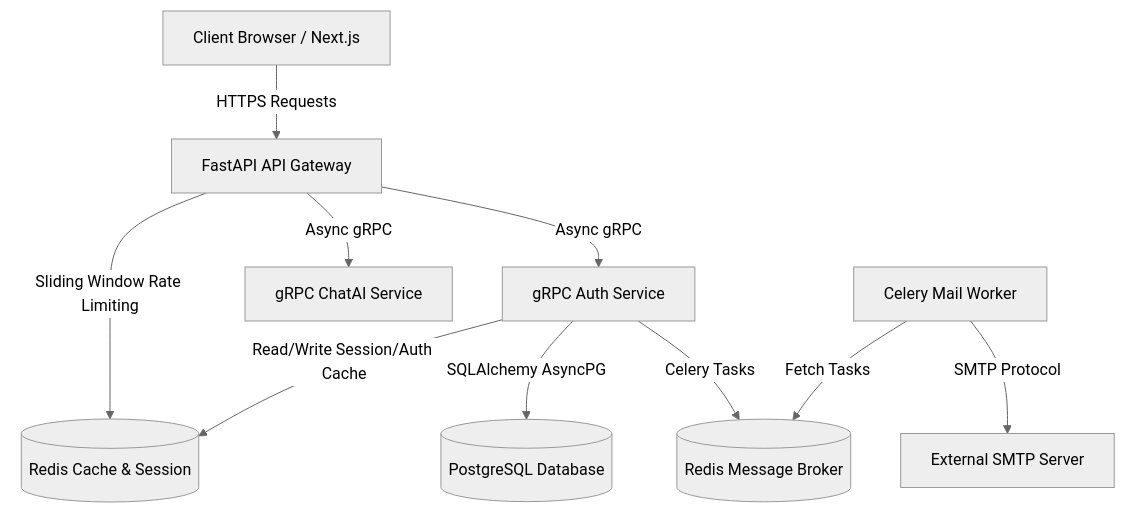
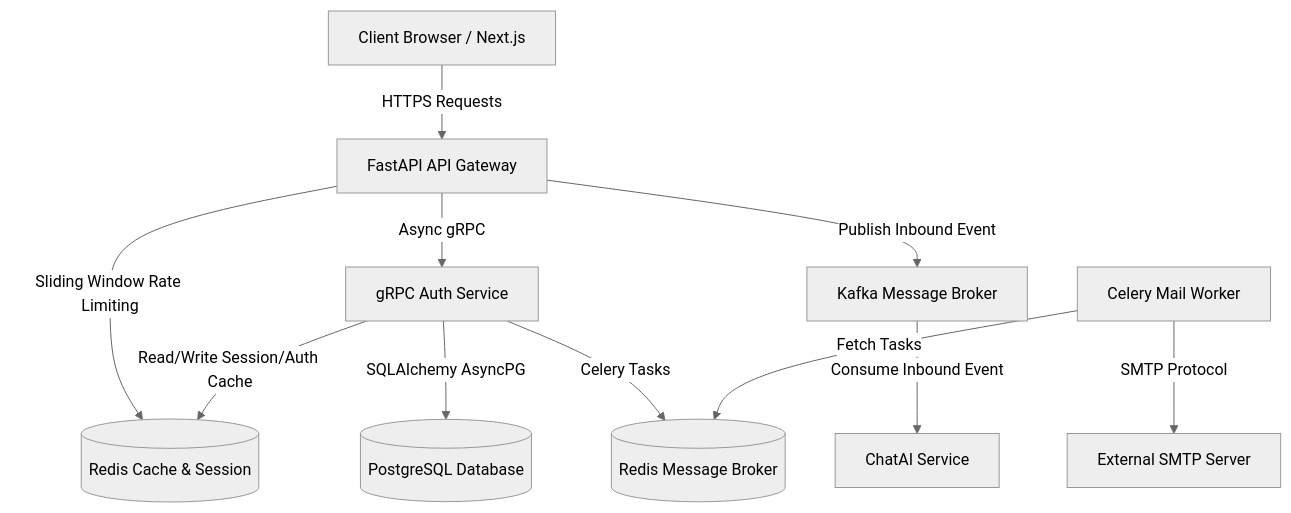
Before and after one commit to sugam2060/sahayak.ai: the first of 3 diagrams in backend-sys/README.md, drawn with Mermaid (neutral theme). The commit also changed other lines of this file and 1 other file, not shown here.

Commit message:
Update ChatAI service description to Kafka consumer worker in architecture diagrams and docs

````diff
--- a/backend-sys/README.md
+++ b/backend-sys/README.md
@@ -11,12 +11,13 @@
 ```mermaid
 graph TD
     Client[Client Browser / Next.js] -->|HTTPS Requests| Gateway[FastAPI API Gateway]
     Gateway -->|Sliding Window Rate Limiting| RedisPool[(Redis Cache & Session)]
     Gateway -->|Async gRPC| AuthService[gRPC Auth Service]
-    Gateway -->|Async gRPC| ChatService[gRPC ChatAI Service]
+    Gateway -->|Publish Inbound Event| Kafka[Kafka Message Broker]
+    Kafka -->|Consume Inbound Event| ChatService[ChatAI Service]
     AuthService -->|SQLAlchemy AsyncPG| DB[(PostgreSQL Database)]
     AuthService -->|Read/Write Session/Auth Cache| RedisPool
     AuthService -->|Celery Tasks| RedisBroker[(Redis Message Broker)]
     CeleryWorker[Celery Mail Worker] -->|Fetch Tasks| RedisBroker
     CeleryWorker -->|SMTP Protocol| MailServer[External SMTP Server]
 ```
````
